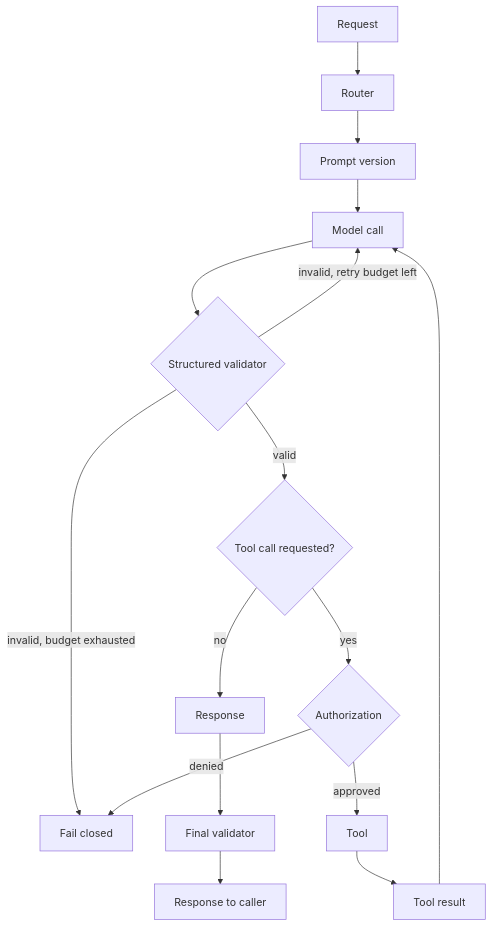
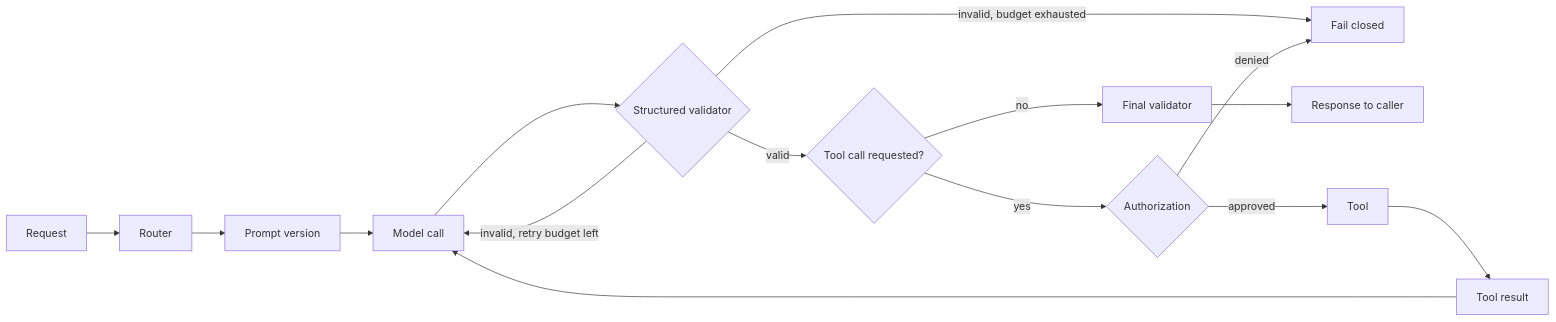
The second of 2 diagrams in docs/core/13-production.md (sanketn26/AIEngineering), drawn with Mermaid before and after one commit. The commit also changed 3 other files, not shown here.

First line of the commit message:
Illustration pass: cleaner diagrams, two new gap-filling visuals

````diff
--- a/docs/core/13-production.md
+++ b/docs/core/13-production.md
@@ -77,18 +77,12 @@
 ```mermaid
-flowchart TD
-  Req[Request] --> Router[Router]
-  Router --> PV[Prompt version]
-  PV --> Model[Model call]
+flowchart LR
+  Req[Request] --> Router[Router] --> PV[Prompt version] --> Model[Model call]
   Model --> SV{Structured validator}
   SV -->|invalid, retry budget left| Model
   SV -->|invalid, budget exhausted| Fail[Fail closed]
   SV -->|valid| Tool{Tool call requested?}
-  Tool -->|no| Resp[Response]
+  Tool -->|no| FV[Final validator] --> Out[Response to caller]
   Tool -->|yes| Authz{Authorization}
   Authz -->|denied| Fail
-  Authz -->|approved| ToolCall[Tool]
-  ToolCall --> ToolResult[Tool result]
-  ToolResult --> Model
-  Resp --> FV[Final validator]
-  FV --> Out[Response to caller]
+  Authz -->|approved| Call[Tool] --> Result[Tool result] --> Model
 ```
````
